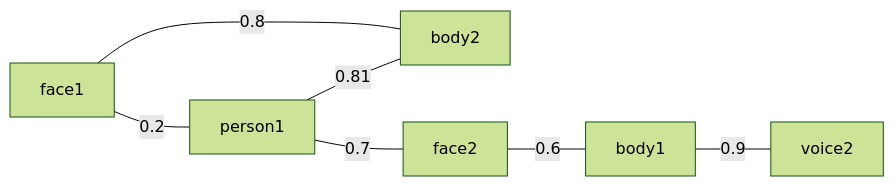
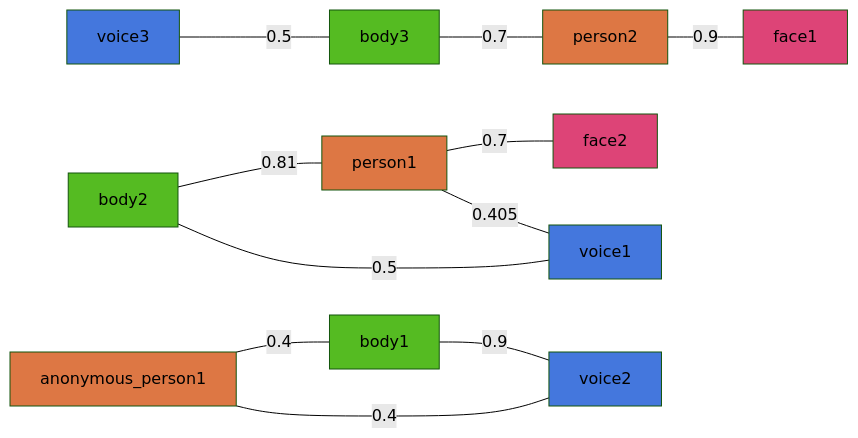
Before and after one commit to ros4hri/hri_person_manager: the second of 2 diagrams in doc/ALGORITHM.md, drawn with Mermaid (forest theme). The commit also changed other lines of this file and 3 other files, not shown here.

````diff
--- a/doc/ALGORITHM.md
+++ b/doc/ALGORITHM.md
@@ -199,13 +92,21 @@
 ``` mermaid
 graph LR
 
-%% body3 ---|0.7| person2
-%% person2 ---|0.9| face1
-face1 ---|0.8| body2
-face1 ---|0.2| person1
-%%face1 ---|0.1| body1
-person1 ---|0.7| face2
-person1 ---|0.81| body2
-body1 ---|0.9| voice2
-face2 ---|0.6| body1
+body3:::body ---|0.7| person2
+person2:::person ---|0.9| face1:::face
+voice3:::voice ---|0.5| body3
+
+body2:::body ---|0.81| person1
+voice1:::voice ---|0.5| body2
+person1:::person ---|0.7| face2:::face
+person1 ---|0.405| voice1
+
+anonymous_person1:::person ---|0.4| body1
+body1:::body ---|0.9| voice2
+voice2:::voice ---|0.4| anonymous_person1
+
+classDef person fill:#d74
+classDef voice fill:#47d
+classDef body fill:#5b2
+classDef face fill:#d47
 ```
````
